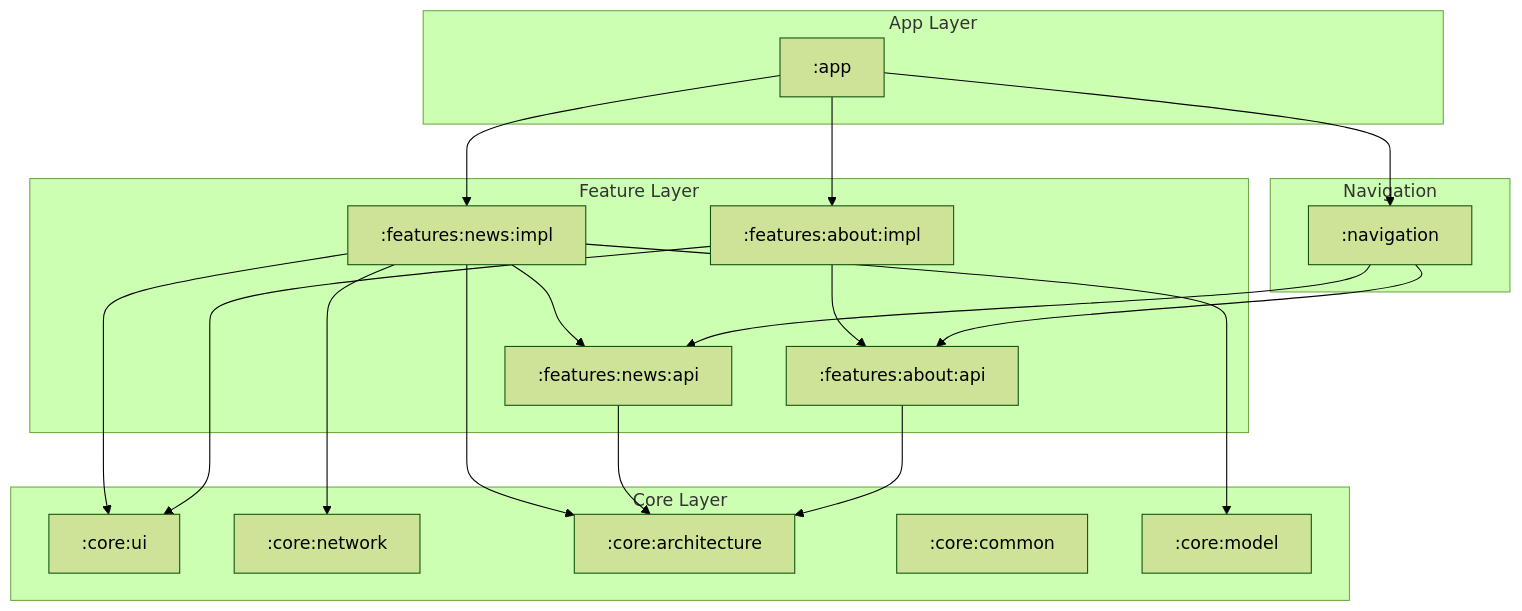
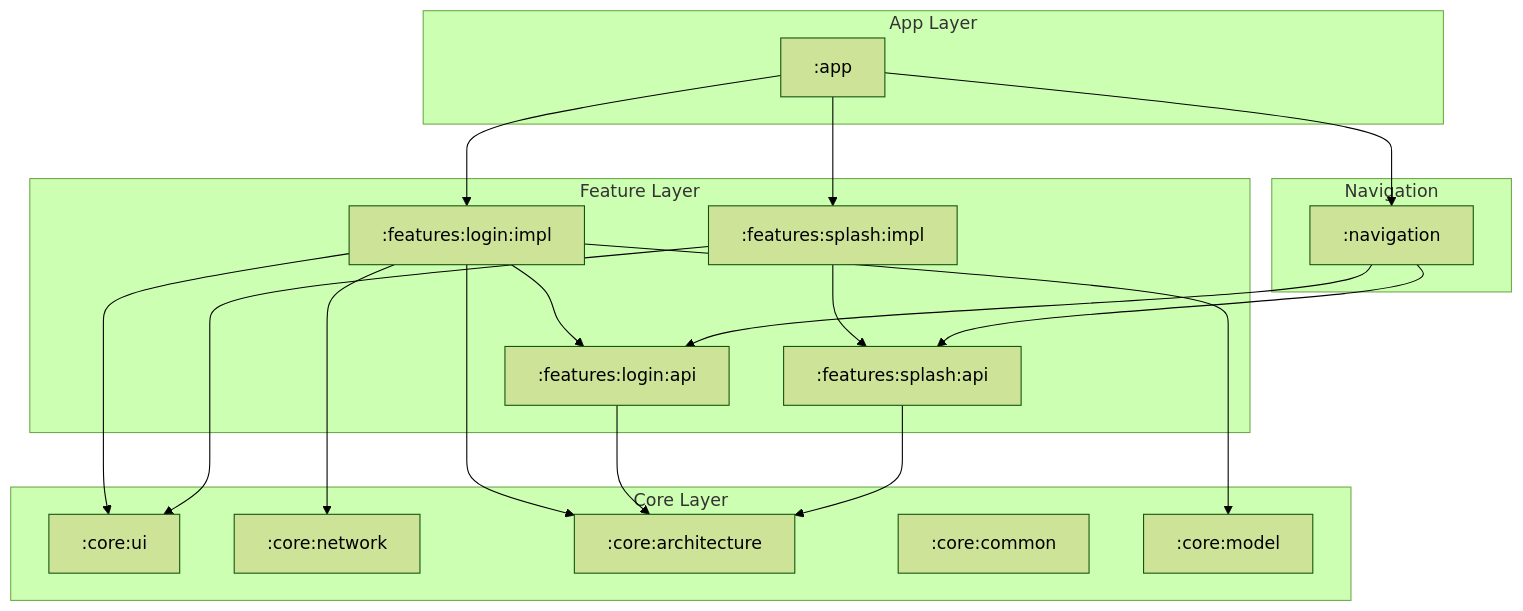
One commit to muharifandi/compose-mvi changed the diagram in docs/dependency-guide.md. Above: the diagram before and after it, drawn with Mermaid (forest theme). The commit also changed 6 other files, not shown here.

````diff
--- a/docs/dependency-guide.md
+++ b/docs/dependency-guide.md
@@ -55,45 +55,45 @@
 ```mermaid
 graph TD
     subgraph "App Layer"
         APP[":app"]
     end
 
     subgraph "Feature Layer"
-        NEWS_IMPL[":features:news:impl"]
-        NEWS_API[":features:news:api"]
-        ABOUT_IMPL[":features:about:impl"]
-        ABOUT_API[":features:about:api"]
+        LOGIN_IMPL[":features:login:impl"]
+        LOGIN_API[":features:login:api"]
+        SPLASH_IMPL[":features:splash:impl"]
+        SPLASH_API[":features:splash:api"]
     end
 
     subgraph "Navigation"
         NAV[":navigation"]
     end
 
     subgraph "Core Layer"
         CORE_UI[":core:ui"]
         CORE_NET[":core:network"]
         CORE_ARCH[":core:architecture"]
         CORE_COMMON[":core:common"]
         CORE_MOD[":core:model"]
     end
 
     %% Dependency Directions
-    APP --> NEWS_IMPL
-    APP --> ABOUT_IMPL
+    APP --> LOGIN_IMPL
+    APP --> SPLASH_IMPL
     APP --> NAV
 
-    NEWS_IMPL --> NEWS_API
-    NEWS_IMPL --> CORE_UI
-    NEWS_IMPL --> CORE_ARCH
-    NEWS_IMPL --> CORE_NET
-    NEWS_IMPL --> CORE_MOD
+    LOGIN_IMPL --> LOGIN_API
+    LOGIN_IMPL --> CORE_UI
+    LOGIN_IMPL --> CORE_ARCH
+    LOGIN_IMPL --> CORE_NET
+    LOGIN_IMPL --> CORE_MOD
 
-    ABOUT_IMPL --> ABOUT_API
-    ABOUT_IMPL --> CORE_UI
+    SPLASH_IMPL --> SPLASH_API
+    SPLASH_IMPL --> CORE_UI
     
-    NAV --> NEWS_API
-    NAV --> ABOUT_API
+    NAV --> LOGIN_API
+    NAV --> SPLASH_API
 
-    NEWS_API --> CORE_ARCH
-    ABOUT_API --> CORE_ARCH
+    LOGIN_API --> CORE_ARCH
+    SPLASH_API --> CORE_ARCH
 ```
````
